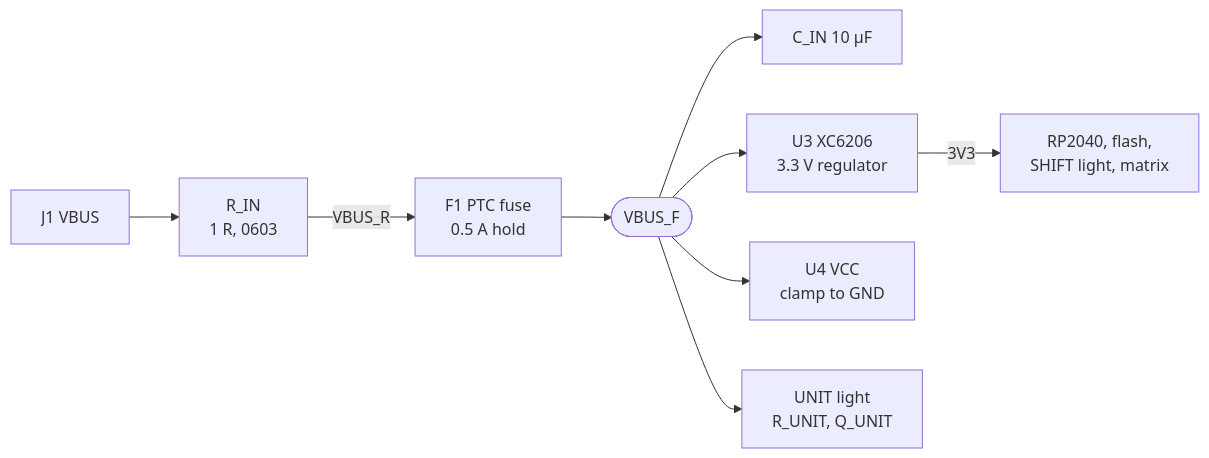
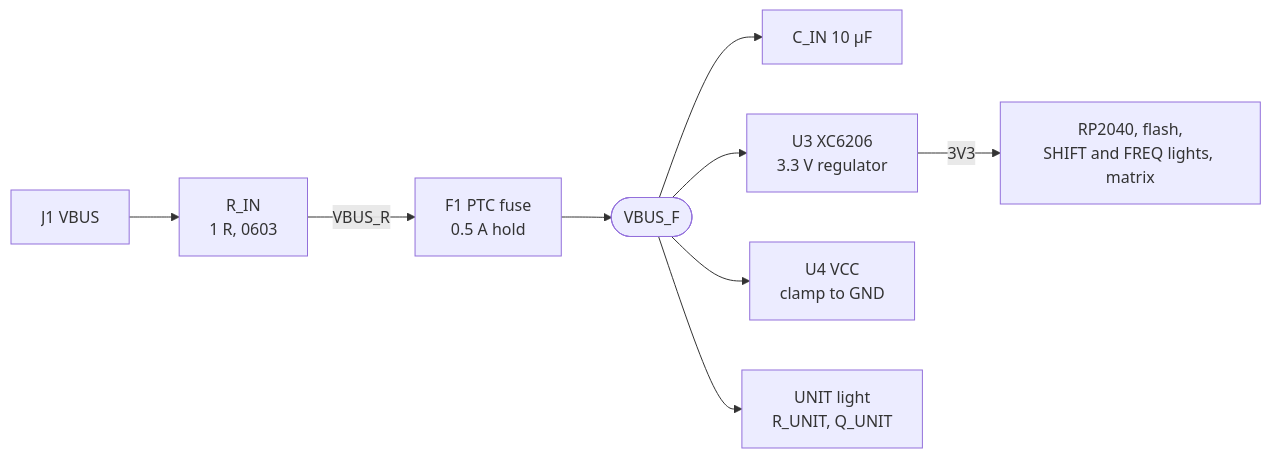
One commit to saschagrunert/avionics-panel changed the first of 2 diagrams in docs/architecture/electronics.md. Above: the diagram before and after it, drawn with Mermaid. The commit also changed other lines of this file and 59 other files, not shown here.

````diff
--- a/docs/architecture/electronics.md
+++ b/docs/architecture/electronics.md
@@ -93,11 +92,11 @@
 ```mermaid
 flowchart LR
   vbus["J1 VBUS"] --> rin["R_IN<br>1 R, 0603"]
   rin -- VBUS_R --> f1["F1 PTC fuse<br>0.5 A hold"]
   f1 --> vbusf(["VBUS_F"])
   vbusf --> cin["C_IN 10 µF"]
   vbusf --> u3["U3 XC6206<br>3.3 V regulator"]
   vbusf --> u4vcc["U4 VCC<br>clamp to GND"]
   vbusf --> unit["UNIT light<br>R_UNIT, Q_UNIT"]
-  u3 -- 3V3 --> loads["RP2040, flash,<br>SHIFT light, matrix"]
+  u3 -- 3V3 --> loads["RP2040, flash,<br>SHIFT and FREQ lights, matrix"]
 ```
````
